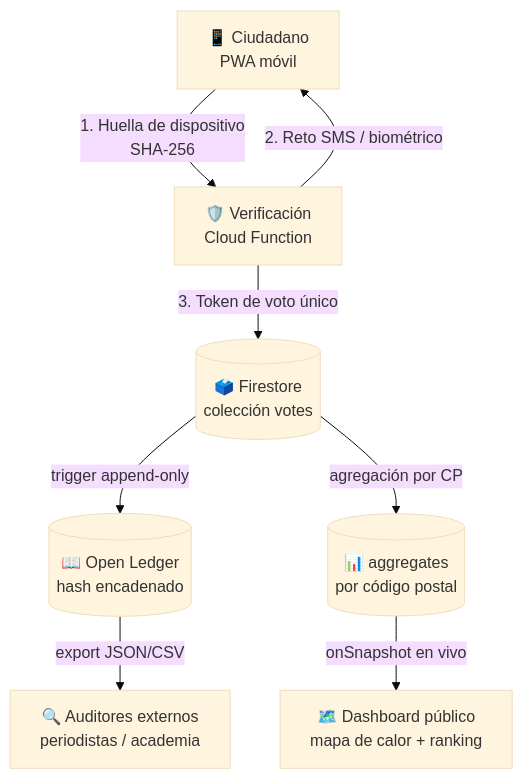
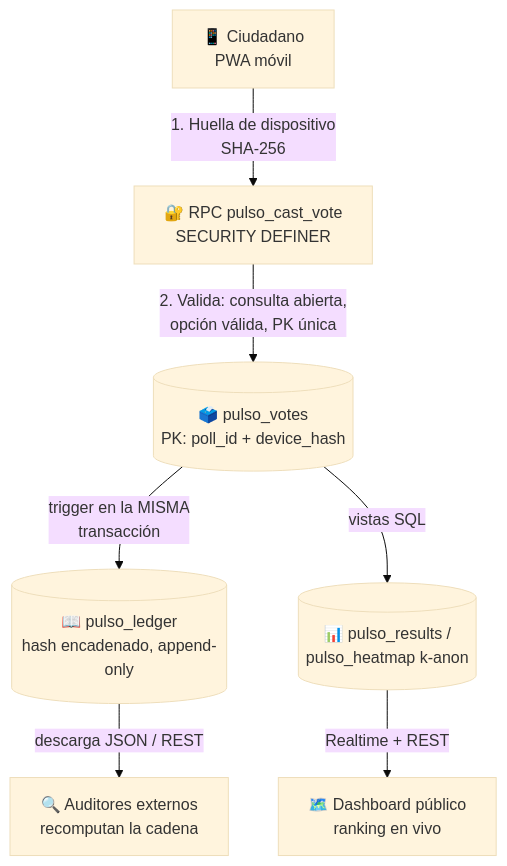
Before and after one commit to Autosociomx/Gobernanza-digital-: the diagram in pulso-nayarit/README.md, drawn with Mermaid (base theme). The commit also changed other lines of this file and 8 other files, not shown here.

First line of the commit message:
feat(pulso-nayarit): backend Supabase/Postgres desplegado — ledger encadenado, RLS y dashboard en vivo

````diff
--- a/pulso-nayarit/README.md
+++ b/pulso-nayarit/README.md
@@ -42,10 +48,9 @@
 ```mermaid
 flowchart TD
-    A[📱 Ciudadano<br>PWA móvil] -->|1. Huella de dispositivo<br>SHA-256| B[🛡️ Verificación<br>Cloud Function]
-    B -->|2. Reto SMS / biométrico| A
-    B -->|3. Token de voto único| C[(🗳️ Firestore<br>colección votes)]
-    C -->|trigger append-only| D[(📖 Open Ledger<br>hash encadenado)]
-    C -->|agregación por CP| E[(📊 aggregates<br>por código postal)]
-    E -->|onSnapshot en vivo| F[🗺️ Dashboard público<br>mapa de calor + ranking]
-    D -->|export JSON/CSV| G[🔍 Auditores externos<br>periodistas / academia]
+    A[📱 Ciudadano<br>PWA móvil] -->|1. Huella de dispositivo<br>SHA-256| B[🔐 RPC pulso_cast_vote<br>SECURITY DEFINER]
+    B -->|2. Valida: consulta abierta,<br>opción válida, PK única| C[(🗳️ pulso_votes<br>PK: poll_id + device_hash)]
+    C -->|trigger en la MISMA<br>transacción| D[(📖 pulso_ledger<br>hash encadenado, append-only)]
+    C -->|vistas SQL| E[(📊 pulso_results /<br>pulso_heatmap k-anon)]
+    E -->|Realtime + REST| F[🗺️ Dashboard público<br>ranking en vivo]
+    D -->|descarga JSON / REST| G[🔍 Auditores externos<br>recomputan la cadena]
 ```
````
